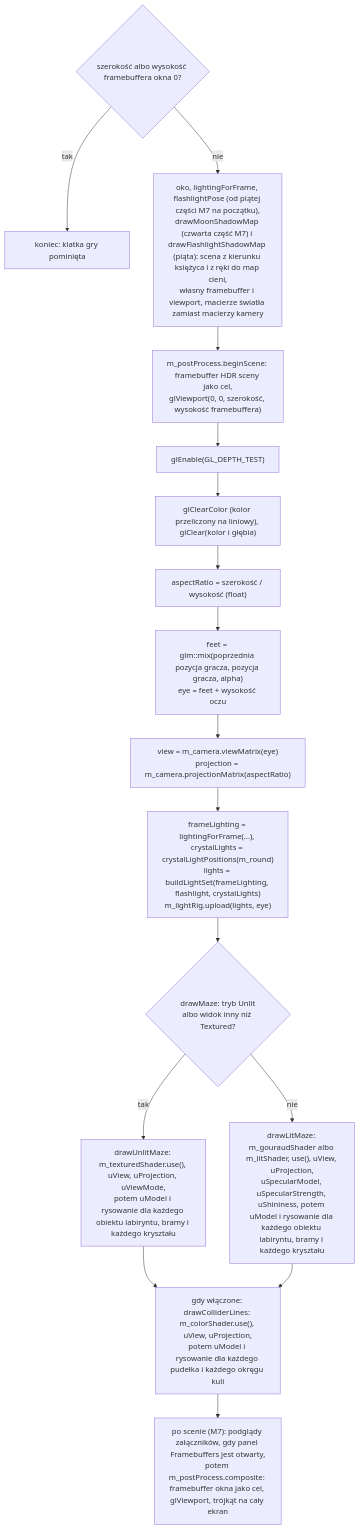
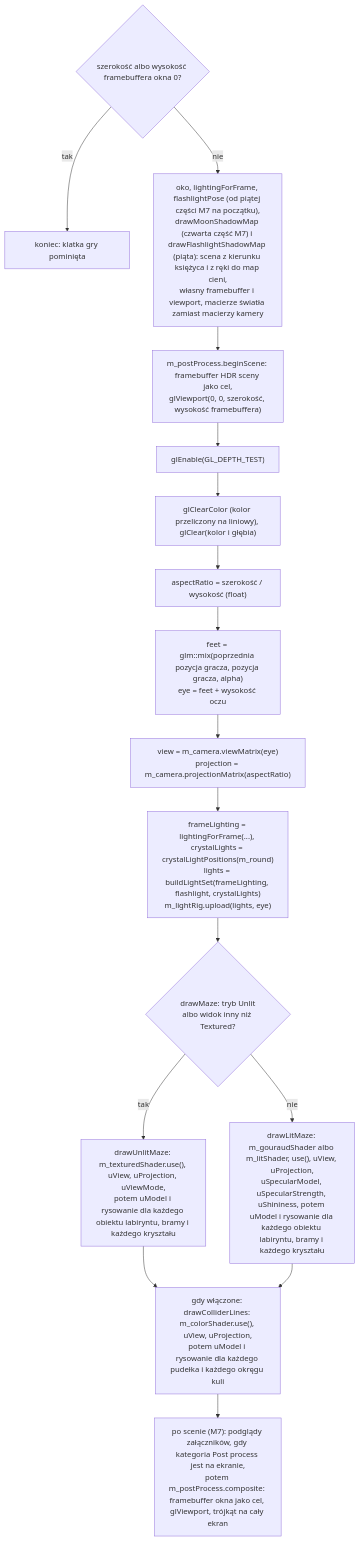
One commit to Shironex/night-maze changed the diagram in docs/modules/scene/camera.md. Above: the diagram before and after it, drawn with Mermaid. The commit also changed other lines of this file and 91 other files, not shown here.

````diff
--- a/docs/modules/scene/camera.md
+++ b/docs/modules/scene/camera.md
@@ -255,19 +255,19 @@
 ```mermaid
 flowchart TD
     D{"szerokość albo wysokość framebuffera okna 0?"}
     D -- tak --> End["koniec: klatka gry pominięta"]
     D -- nie --> SH["oko, lightingForFrame, flashlightPose (od piątej części M7 na początku),<br/>drawMoonShadowMap (czwarta część M7) i drawFlashlightShadowMap (piąta): scena z kierunku księżyca i z ręki do map cieni,<br/>własny framebuffer i viewport, macierze światła zamiast macierzy kamery"]
     SH --> A["m_postProcess.beginScene: framebuffer HDR sceny jako cel,<br/>glViewport(0, 0, szerokość, wysokość framebuffera)"]
     A --> B["glEnable(GL_DEPTH_TEST)"]
     B --> C["glClearColor (kolor przeliczony na liniowy), glClear(kolor i głębia)"]
     C --> E["aspectRatio = szerokość / wysokość (float)"]
     E --> X["feet = glm::mix(poprzednia pozycja gracza, pozycja gracza, alpha)<br/>eye = feet + wysokość oczu"]
     X --> V["view = m_camera.viewMatrix(eye)<br/>projection = m_camera.projectionMatrix(aspectRatio)"]
     V --> LS["frameLighting = lightingForFrame(...), crystalLights = crystalLightPositions(m_round)<br/>lights = buildLightSet(frameLighting, flashlight, crystalLights)<br/>m_lightRig.upload(lights, eye)"]
     LS --> M{"drawMaze: tryb Unlit<br/>albo widok inny niż Textured?"}
     M -- tak --> MU["drawUnlitMaze: m_texturedShader.use(), uView, uProjection, uViewMode,<br/>potem uModel i rysowanie dla każdego obiektu labiryntu, bramy i każdego kryształu"]
     M -- nie --> ML["drawLitMaze: m_gouraudShader albo m_litShader, use(), uView, uProjection,<br/>uSpecularModel, uSpecularStrength, uShininess, potem uModel i rysowanie dla każdego obiektu labiryntu, bramy i każdego kryształu"]
     MU --> L["gdy włączone: drawColliderLines: m_colorShader.use(), uView, uProjection,<br/>potem uModel i rysowanie dla każdego pudełka i każdego okręgu kuli"]
     ML --> L
-    L --> P["po scenie (M7): podglądy załączników, gdy panel Framebuffers jest otwarty,<br/>potem m_postProcess.composite: framebuffer okna jako cel, glViewport, trójkąt na cały ekran"]
+    L --> P["po scenie (M7): podglądy załączników, gdy kategoria Post process jest na ekranie,<br/>potem m_postProcess.composite: framebuffer okna jako cel, glViewport, trójkąt na cały ekran"]
 ```
````
